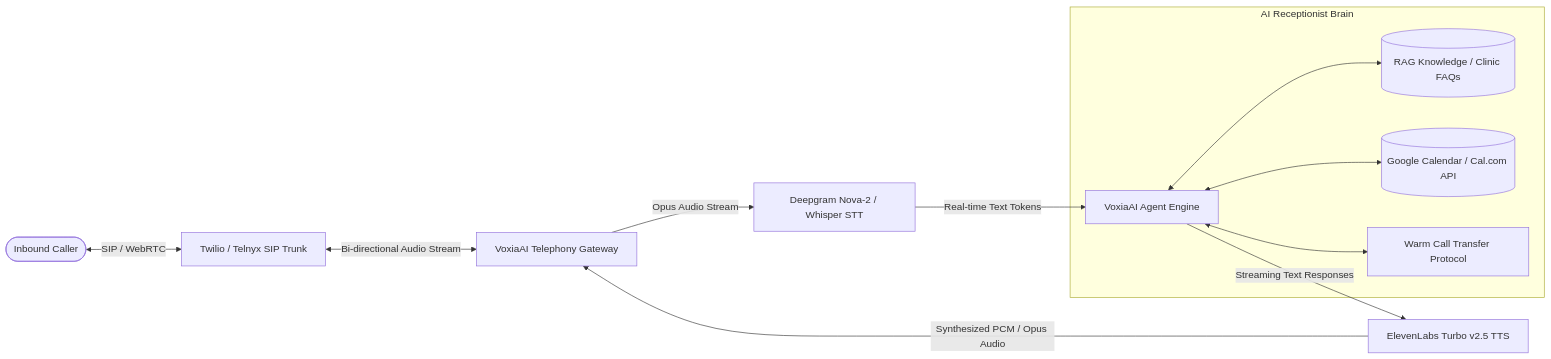
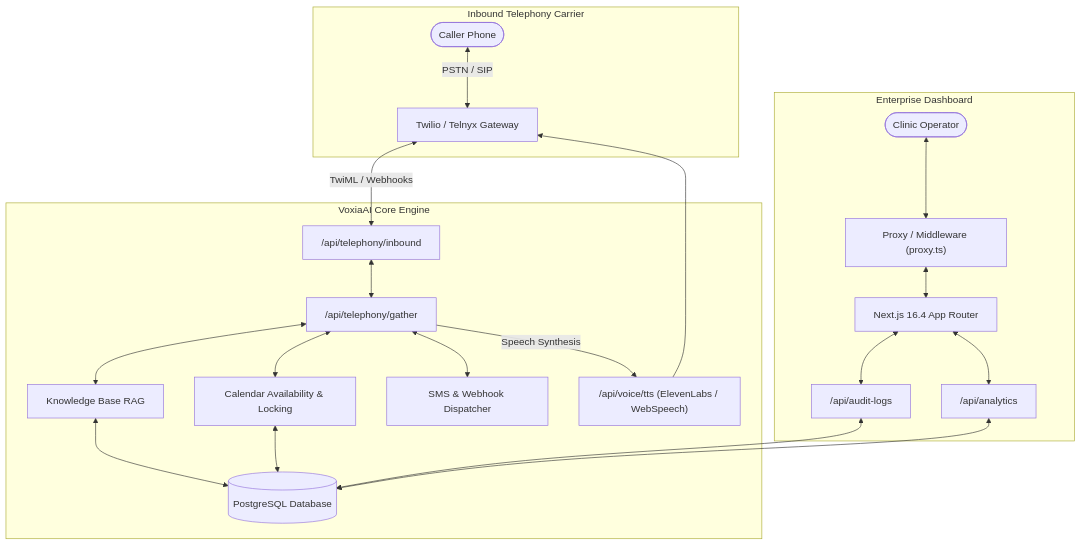
One commit to abhishekgautam95/VoxiaAI changed the diagram in README.md. Above: the diagram before and after it, drawn with Mermaid. The commit also changed other lines of this file, not shown here.

Commit message:
docs: overhaul README to enterprise-grade documentation standard

````diff
--- a/README.md
+++ b/README.md
@@ -40,16 +43,30 @@
 ```mermaid
-flowchart LR
-    Caller([Inbound Caller]) <-->|SIP / WebRTC| Carrier[Twilio / Telnyx SIP Trunk]
-    Carrier <-->|Bi-directional Audio Stream| Gateway[VoxiaAI Telephony Gateway]
-    Gateway -->|Opus Audio Stream| STT[Deepgram Nova-2 / Whisper STT]
-    STT -->|Real-time Text Tokens| Orchestrator[VoxiaAI Agent Engine]
-    
-    subgraph Agent Core [AI Receptionist Brain]
-        Orchestrator <--> KnowledgeBase[(RAG Knowledge / Clinic FAQs)]
-        Orchestrator <--> CalendarAPI[(Google Calendar / Cal.com API)]
-        Orchestrator <--> TransferRouter[Warm Call Transfer Protocol]
+flowchart TD
+    subgraph Telecom [Inbound Telephony Carrier]
+        Caller([Caller Phone]) <-->|PSTN / SIP| Twilio[Twilio / Telnyx Gateway]
     end
-    
-    Orchestrator -->|Streaming Text Responses| TTS[ElevenLabs Turbo v2.5 TTS]
-    TTS -->|Synthesized PCM / Opus Audio| Gateway
+
+    subgraph Platform [VoxiaAI Core Engine]
+        Twilio <-->|TwiML / Webhooks| InboundRouter["/api/telephony/inbound"]
+        InboundRouter <--> GatherRouter["/api/telephony/gather"]
+        
+        GatherRouter <--> RAGEngine[Knowledge Base RAG]
+        GatherRouter <--> CalendarEngine[Calendar Availability & Locking]
+        GatherRouter <--> Notifications[SMS & Webhook Dispatcher]
+        
+        RAGEngine <--> PostgreSQL[(PostgreSQL Database)]
+        CalendarEngine <--> PostgreSQL
+        
+        GatherRouter -->|Speech Synthesis| VoiceTTS["/api/voice/tts (ElevenLabs / WebSpeech)"]
+        VoiceTTS --> Twilio
+    end
+
+    subgraph Administration [Enterprise Dashboard]
+        Admin([Clinic Operator]) <--> SessionProxy["Proxy / Middleware (proxy.ts)"]
+        SessionProxy <--> NextDashboard["Next.js 16.4 App Router"]
+        NextDashboard <--> AuditLogger["/api/audit-logs"]
+        NextDashboard <--> AnalyticsEngine["/api/analytics"]
+        AuditLogger <--> PostgreSQL
+        AnalyticsEngine <--> PostgreSQL
+    end
 ```
````
